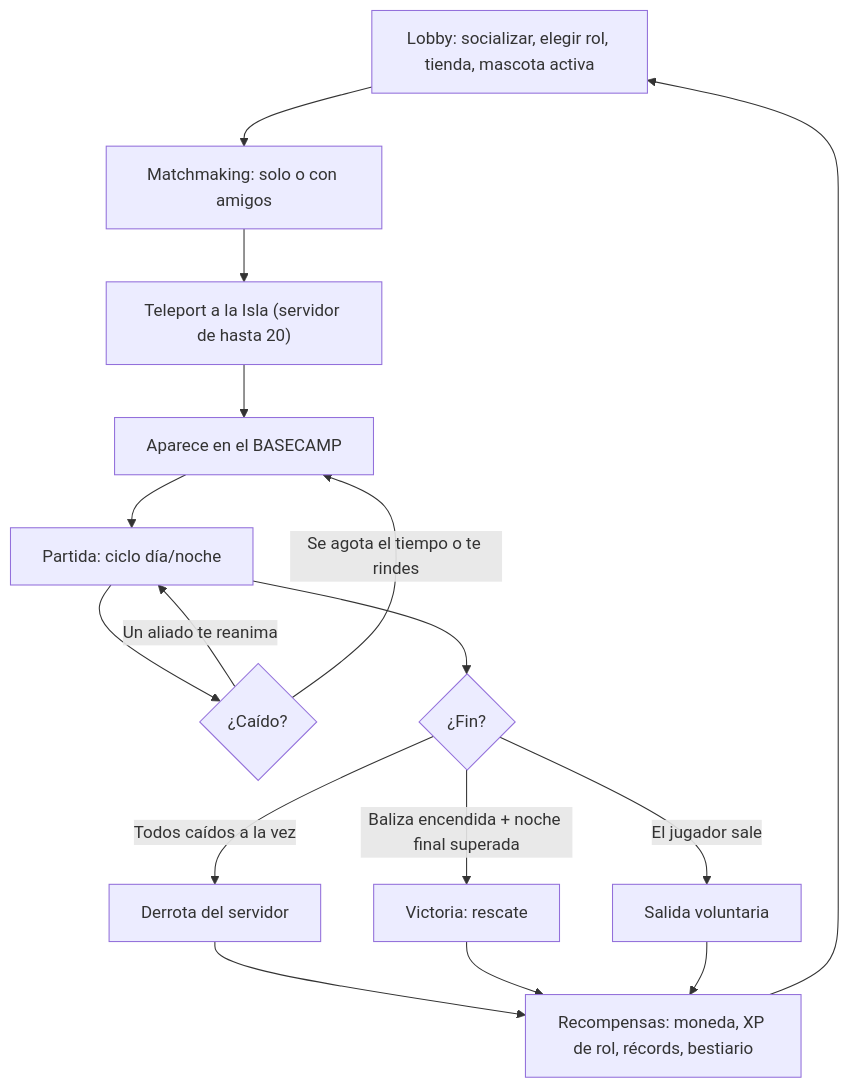
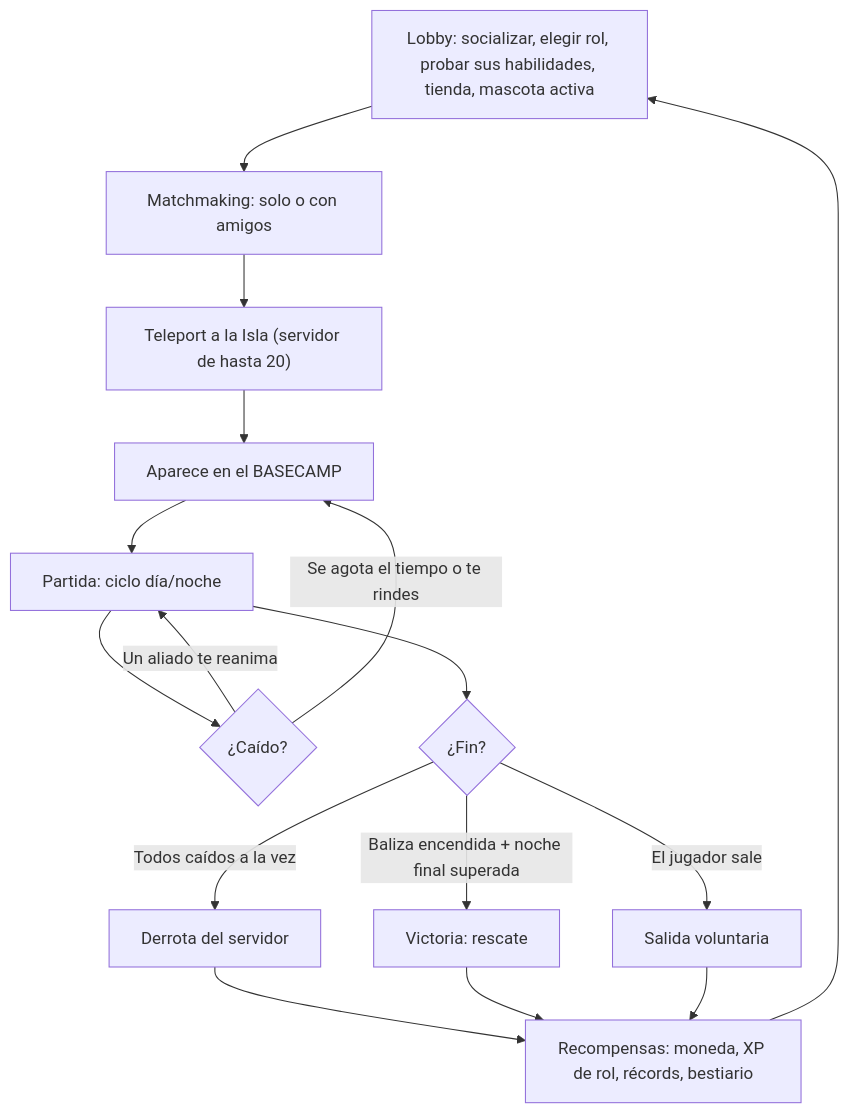
One commit to Discosofia/Monkey_Island_2026 changed the first of 7 diagrams in docs/GDD.md. Above: the diagram before and after it, drawn with Mermaid. The commit also changed other lines of this file and 20 other files, not shown here.

````diff
--- a/docs/GDD.md
+++ b/docs/GDD.md
@@ -60,18 +60,18 @@
 ```mermaid
 flowchart TD
-  L["Lobby: socializar, elegir rol, tienda, mascota activa"] --> Q["Matchmaking: solo o con amigos"]
+  L["Lobby: socializar, elegir rol, probar sus habilidades, tienda, mascota activa"] --> Q["Matchmaking: solo o con amigos"]
   Q --> T["Teleport a la Isla (servidor de hasta 20)"]
   T --> B["Aparece en el BASECAMP"]
   B --> P["Partida: ciclo día/noche"]
   P --> C{"¿Caído?"}
   C -->|"Un aliado te reanima"| P
   C -->|"Se agota el tiempo o te rindes"| B
   P --> R{"¿Fin?"}
   R -->|"Todos caídos a la vez"| D["Derrota del servidor"]
   R -->|"Baliza encendida + noche final superada"| V["Victoria: rescate"]
   R -->|"El jugador sale"| X["Salida voluntaria"]
   D --> RW["Recompensas: moneda, XP de rol, récords, bestiario"]
   V --> RW
   X --> RW
   RW --> L
 ```
````
